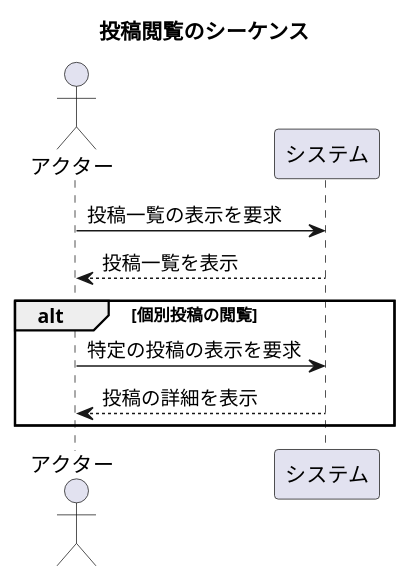
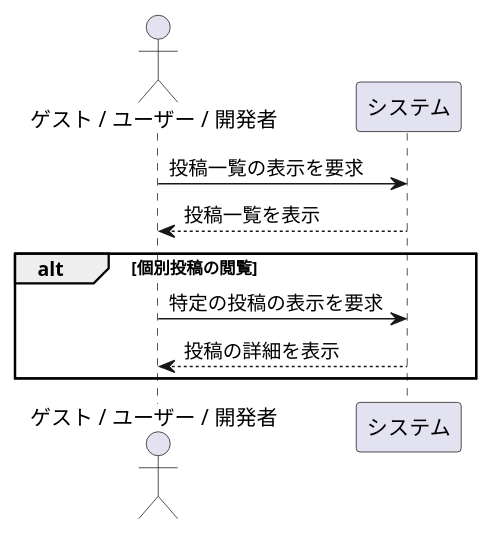
Before and after one commit to prankster-freedom/ToyBox: the second of 6 diagrams in doc/1.SPEC.md, drawn with PlantUML. The commit also changed other lines of this file and 1 other file, not shown here.

````diff
--- a/doc/1.SPEC.md
+++ b/doc/1.SPEC.md
@@ -99,16 +109,14 @@
 ```plantuml
 @startuml
-title 投稿閲覧のシーケンス
-
-actor アクター
+actor "ゲスト / ユーザー / 開発者" as Actor
 participant "システム" as System
 
-アクター -> System: 投稿一覧の表示を要求
-System --> アクター: 投稿一覧を表示
+Actor -> System: 投稿一覧の表示を要求
+System --> Actor: 投稿一覧を表示
 
 alt 個別投稿の閲覧
-    アクター -> System: 特定の投稿の表示を要求
-    System --> アクター: 投稿の詳細を表示
+    Actor -> System: 特定の投稿の表示を要求
+    System --> Actor: 投稿の詳細を表示
 end
 @enduml
 ```
````
